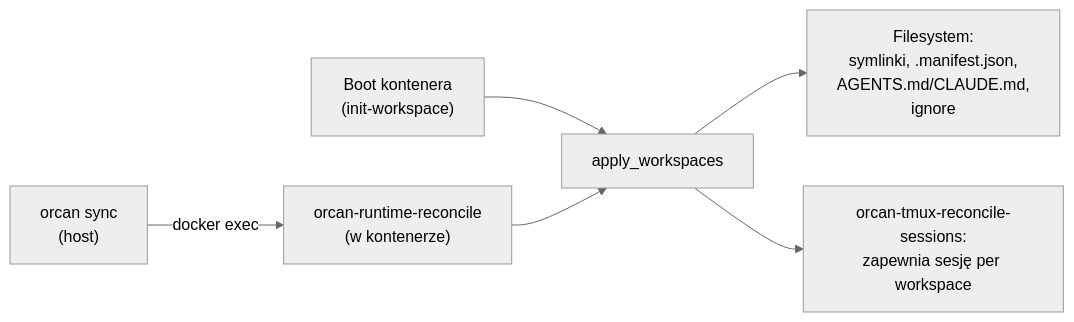
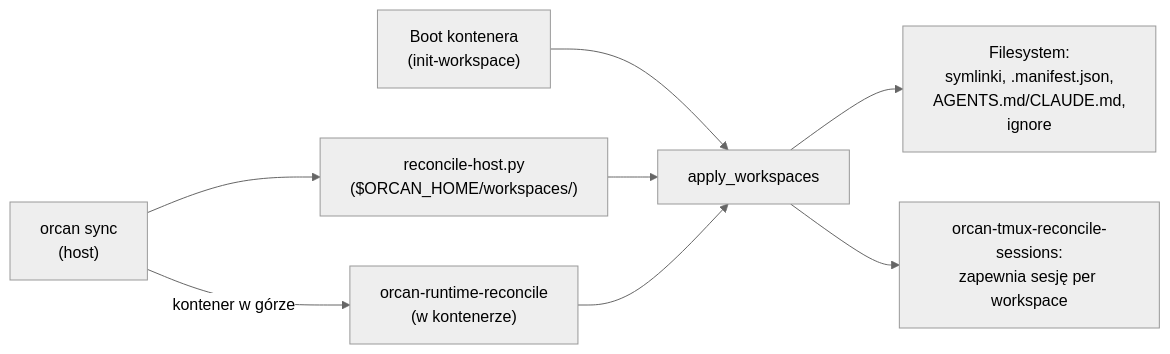
Before and after one commit to aKyther/orcan: the diagram in docs/pl/ideas/runtime-reconcile.md, drawn with Mermaid (neutral theme). The commit also changed other lines of this file and 39 other files, not shown here.

First line of the commit message:
feat(sync/doctor): host workspace reconcile + workspace audit

````diff
--- a/docs/pl/ideas/runtime-reconcile.md
+++ b/docs/pl/ideas/runtime-reconcile.md
@@ -39,7 +39,8 @@
 ```mermaid
 flowchart LR
   boot["Boot kontenera\n(init-workspace)"] --> reconcile[apply_workspaces]
-  sync["orcan sync\n(host)"] -->|docker exec| live["orcan-runtime-reconcile\n(w kontenerze)"] --> reconcile
+  sync["orcan sync\n(host)"] --> host["reconcile-host.py\n($ORCAN_HOME/workspaces/)"] --> reconcile
+  sync -->|kontener w górze| live["orcan-runtime-reconcile\n(w kontenerze)"] --> reconcile
   reconcile --> fs["Filesystem:\nsymlinki, .manifest.json,\nAGENTS.md/CLAUDE.md,\nignore"]
   reconcile --> tmux["orcan-tmux-reconcile-sessions:\nzapewnia sesję per workspace"]
 ```
````
